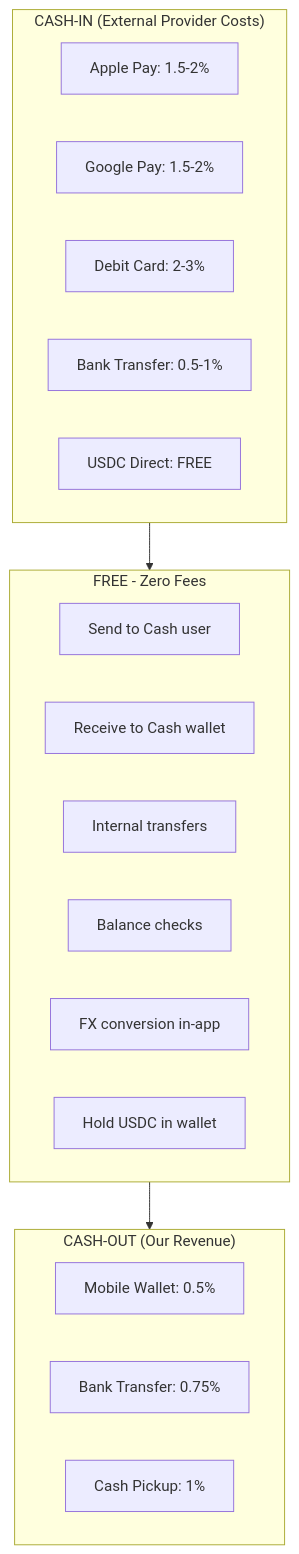
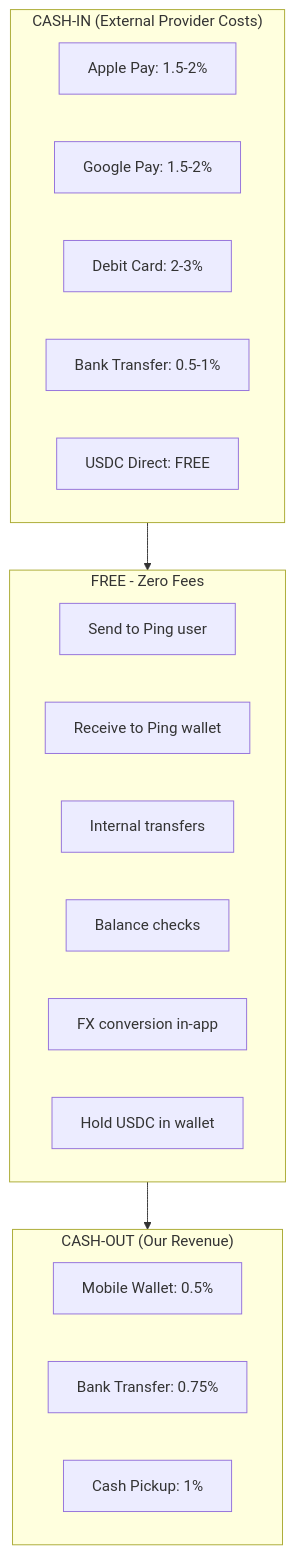
One commit to ping-cash/ping-cash changed the second of 4 diagrams in docs/BUSINESS.md. Above: the diagram before and after it, drawn with Mermaid. The commit also changed other lines of this file and 38 other files, not shown here.

First line of the commit message:
chore: rebrand Cash → Ping; migrate to ping-cash/ping-cash

````diff
--- a/docs/BUSINESS.md
+++ b/docs/BUSINESS.md
@@ -85,28 +85,28 @@
 ```mermaid
 flowchart TB
     subgraph Free["FREE - Zero Fees"]
-        F1[Send to Cash user]
-        F2[Receive to Cash wallet]
+        F1[Send to Ping user]
+        F2[Receive to Ping wallet]
         F3[Internal transfers]
         F4[Balance checks]
         F5[FX conversion in-app]
         F6[Hold USDC in wallet]
     end
 
     subgraph OnRamp["CASH-IN (External Provider Costs)"]
         O1["Apple Pay: 1.5-2%"]
         O2["Google Pay: 1.5-2%"]
         O3["Debit Card: 2-3%"]
         O4["Bank Transfer: 0.5-1%"]
         O5["USDC Direct: FREE"]
     end
 
     subgraph OffRamp["CASH-OUT (Our Revenue)"]
         R1["Mobile Wallet: 0.5%"]
         R2["Bank Transfer: 0.75%"]
         R3["Cash Pickup: 1%"]
     end
 
     OnRamp --> Free
     Free --> OffRamp
 ```
````
